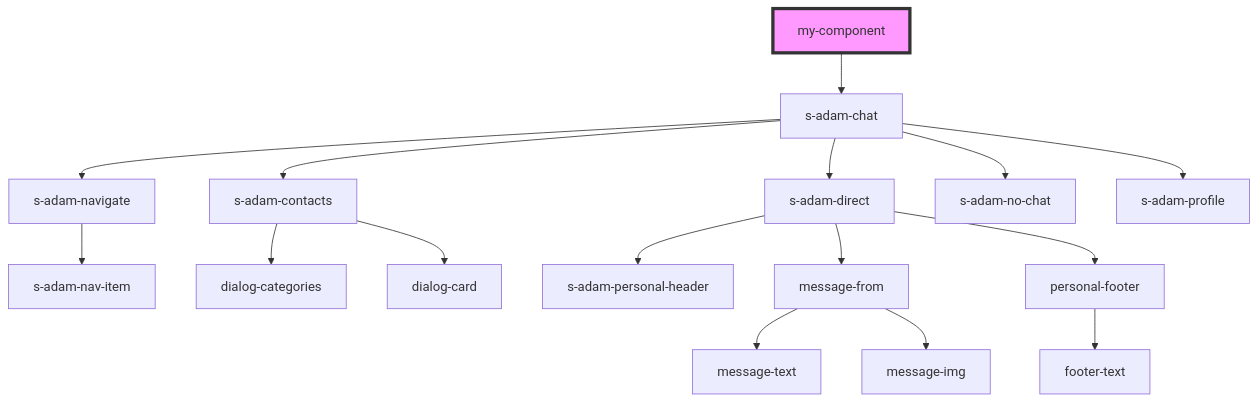
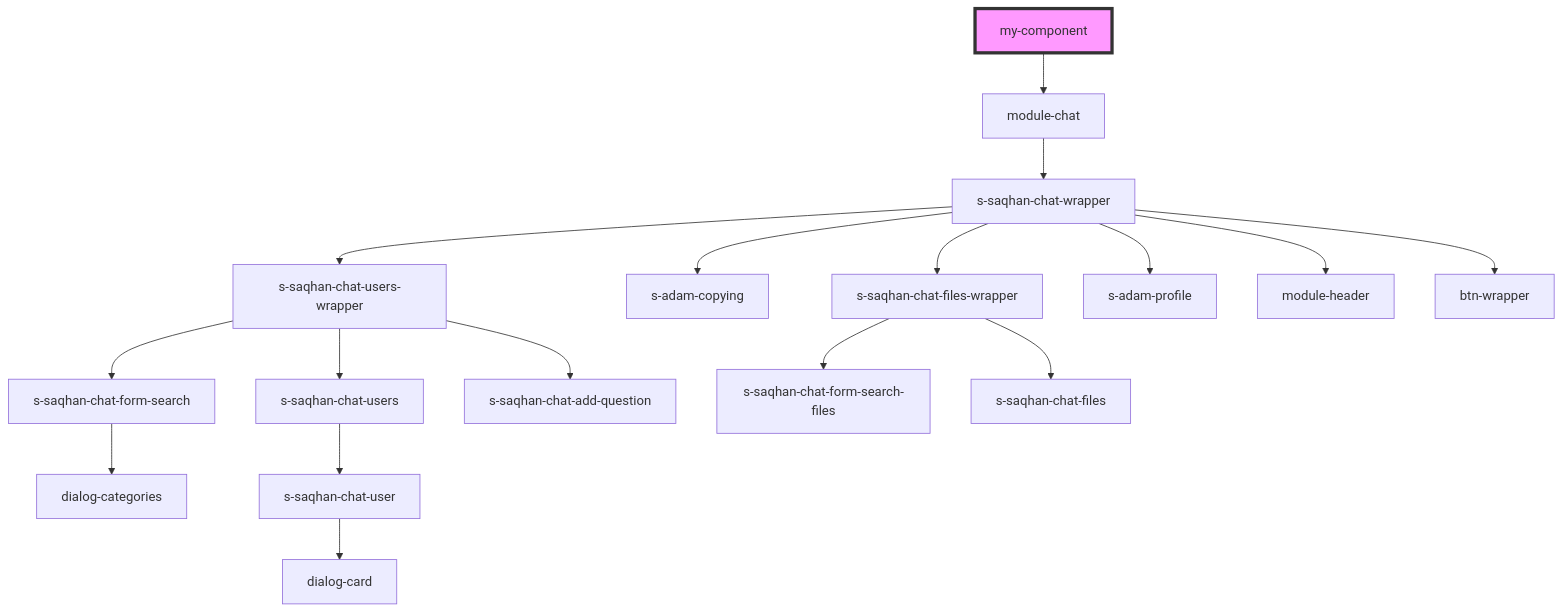
Before and after one commit to saqhan/stencil-chat: the diagram in src/components/my-component/readme.md, drawn with Mermaid. The commit also changed other lines of this file and 6 other files, not shown here.

````diff
--- a/src/components/my-component/readme.md
+++ b/src/components/my-component/readme.md
@@ -13,19 +13,20 @@
 ```mermaid
 graph TD;
-  my-component --> s-adam-chat
-  s-adam-chat --> s-adam-navigate
-  s-adam-chat --> s-adam-contacts
-  s-adam-chat --> s-adam-direct
-  s-adam-chat --> s-adam-no-chat
-  s-adam-chat --> s-adam-profile
-  s-adam-navigate --> s-adam-nav-item
-  s-adam-contacts --> dialog-categories
-  s-adam-contacts --> dialog-card
-  s-adam-direct --> s-adam-personal-header
-  s-adam-direct --> message-from
-  s-adam-direct --> personal-footer
-  message-from --> message-text
-  message-from --> message-img
-  personal-footer --> footer-text
+  my-component --> module-chat
+  module-chat --> s-saqhan-chat-wrapper
+  s-saqhan-chat-wrapper --> s-saqhan-chat-users-wrapper
+  s-saqhan-chat-wrapper --> s-adam-copying
+  s-saqhan-chat-wrapper --> s-saqhan-chat-files-wrapper
+  s-saqhan-chat-wrapper --> s-adam-profile
+  s-saqhan-chat-wrapper --> module-header
+  s-saqhan-chat-wrapper --> btn-wrapper
+  s-saqhan-chat-users-wrapper --> s-saqhan-chat-form-search
+  s-saqhan-chat-users-wrapper --> s-saqhan-chat-users
+  s-saqhan-chat-users-wrapper --> s-saqhan-chat-add-question
+  s-saqhan-chat-form-search --> dialog-categories
+  s-saqhan-chat-users --> s-saqhan-chat-user
+  s-saqhan-chat-user --> dialog-card
+  s-saqhan-chat-files-wrapper --> s-saqhan-chat-form-search-files
+  s-saqhan-chat-files-wrapper --> s-saqhan-chat-files
   style my-component fill:#f9f,stroke:#333,stroke-width:4px
 ```
````
